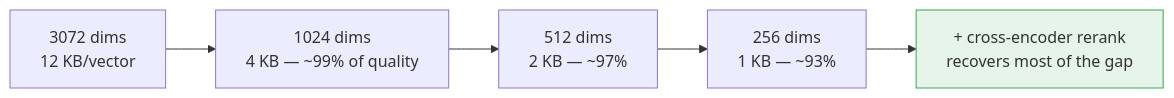
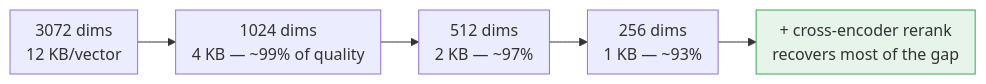
One commit to fibaneza/public-tmp changed the second of 2 diagrams in rag/RAG_Embeddings.adoc. Above: the diagram before and after it, drawn with Mermaid. The commit also changed other lines of this file and 19 other files, not shown here.

Commit message:
feat: add RAG observability guide, standardize mermaid diagrams, and update cross-references throughout documentation

```diff
--- a/rag/RAG_Embeddings.adoc
+++ b/rag/RAG_Embeddings.adoc
@@ -121,10 +122,11 @@
 [mermaid]
 ....
+%%{init: {"flowchart": {"nodeSpacing": 30, "rankSpacing": 38, "padding": 8}} }%%
 flowchart LR
     F["3072 dims<br/>12 KB/vector"] --> T1["1024 dims<br/>4 KB — ~99% of quality"]
     T1 --> T2["512 dims<br/>2 KB — ~97%"]
     T2 --> T3["256 dims<br/>1 KB — ~93%"]
     T3 --> R["+ cross-encoder rerank<br/>recovers most of the gap"]
 
     style R fill:#e6f4ea,stroke:#34a853
 ....
```
